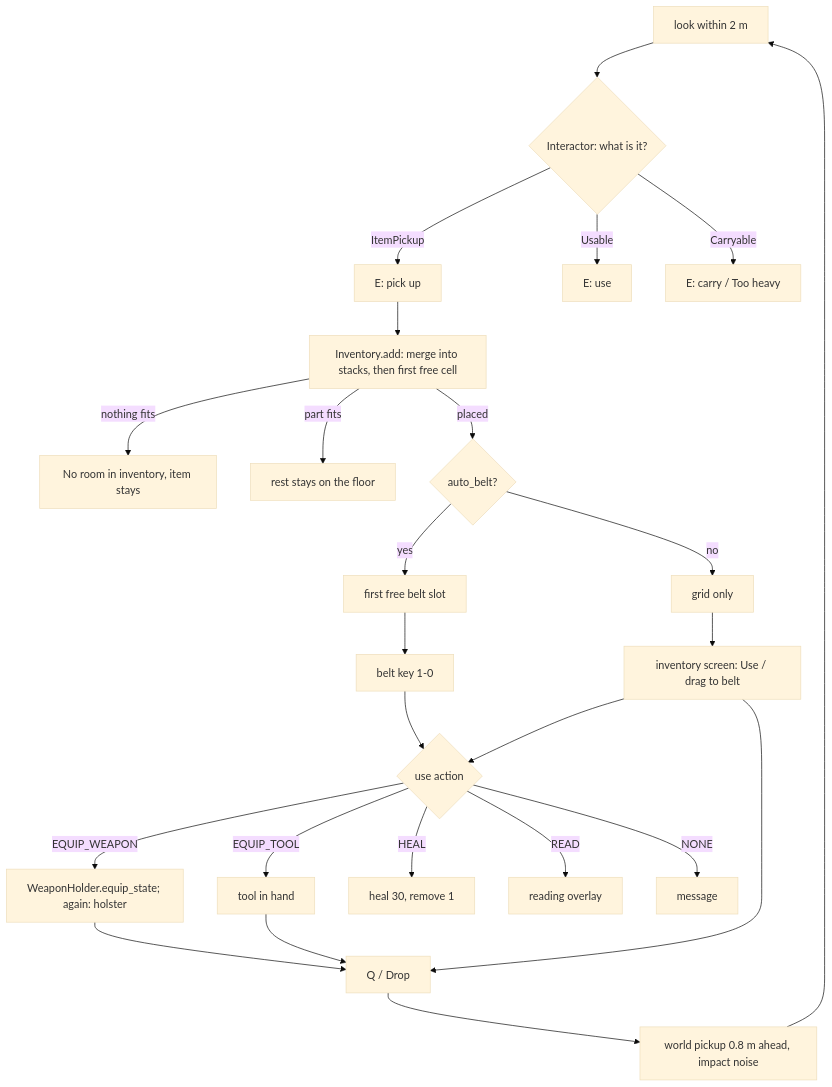
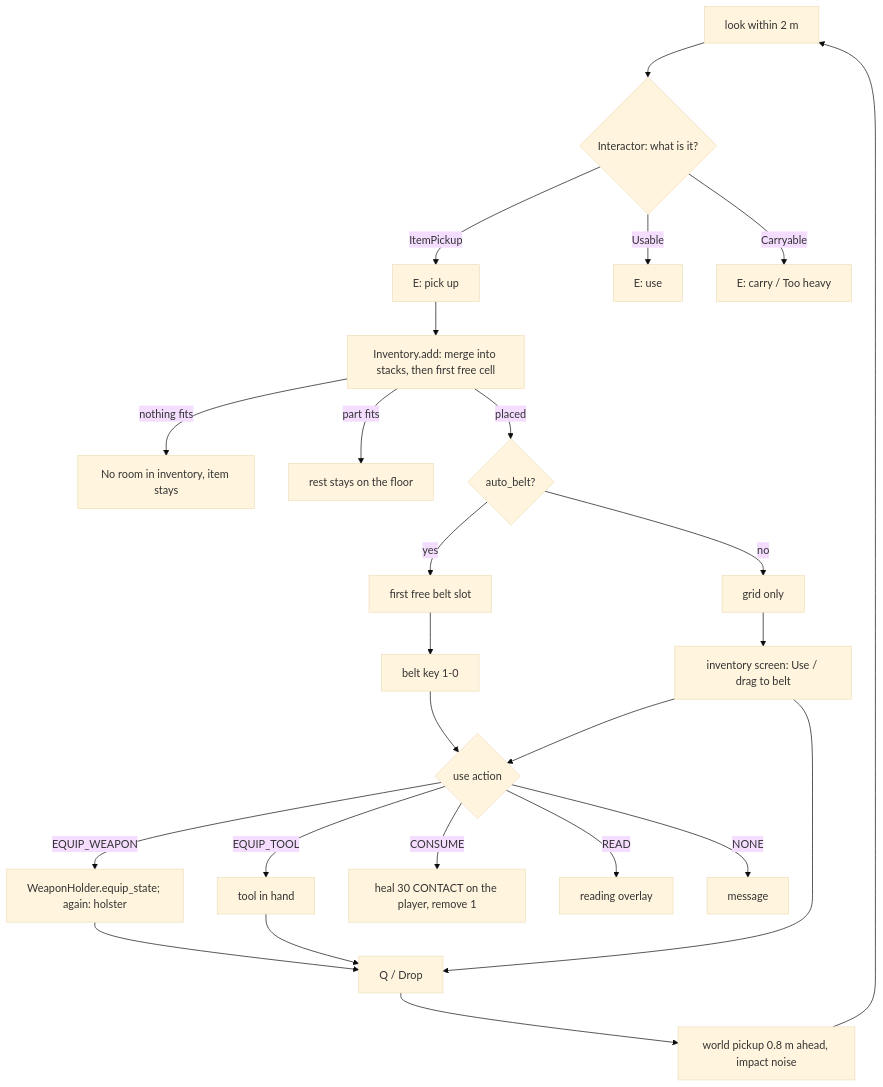
The diagram in design/game/inventory.md (matts2cant/im-sim-proto), drawn with Mermaid (base theme) before and after one commit. The commit also changed other lines of this file and 53 other files, not shown here.

````diff
--- a/design/game/inventory.md
+++ b/design/game/inventory.md
@@ -101,27 +101,27 @@
 ```mermaid
 flowchart TD
     L["look within 2 m"] --> I{"Interactor: what is it?"}
     I -->|ItemPickup| P["E: pick up"]
     I -->|Usable| U["E: use"]
     I -->|Carryable| C["E: carry / Too heavy"]
     P --> A["Inventory.add: merge into stacks, then first free cell"]
     A -->|nothing fits| R["No room in inventory, item stays"]
     A -->|part fits| S["rest stays on the floor"]
     A -->|placed| B{"auto_belt?"}
     B -->|yes| BS["first free belt slot"]
     B -->|no| G["grid only"]
     BS --> K["belt key 1-0"]
     G --> M["inventory screen: Use / drag to belt"]
     K --> X{"use action"}
     M --> X
     X -->|EQUIP_WEAPON| W["WeaponHolder.equip_state; again: holster"]
     X -->|EQUIP_TOOL| T["tool in hand"]
-    X -->|HEAL| H["heal 30, remove 1"]
+    X -->|CONSUME| H["heal 30 CONTACT on the player, remove 1"]
     X -->|READ| D["reading overlay"]
     X -->|NONE| N["message"]
     W --> Q["Q / Drop"]
     T --> Q
     M --> Q
     Q --> O["world pickup 0.8 m ahead, impact noise"]
     O --> L
 ```
````
